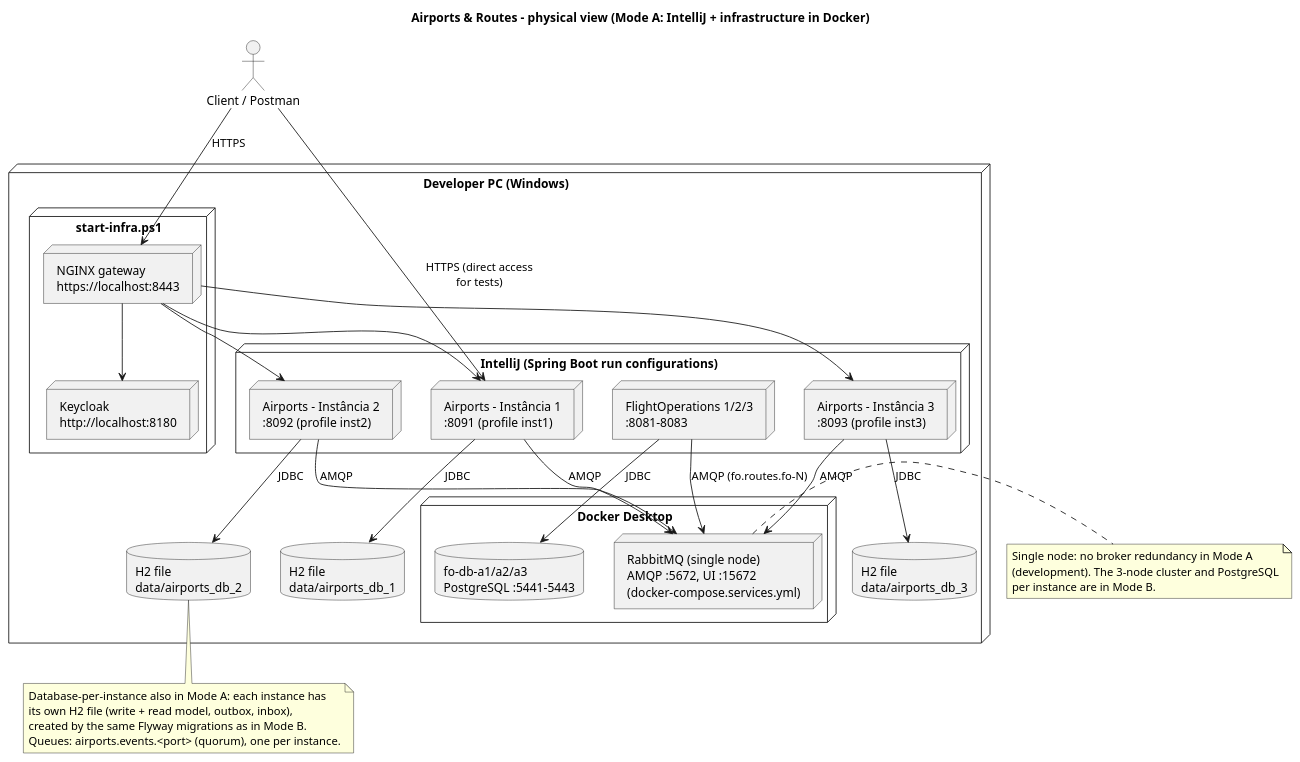
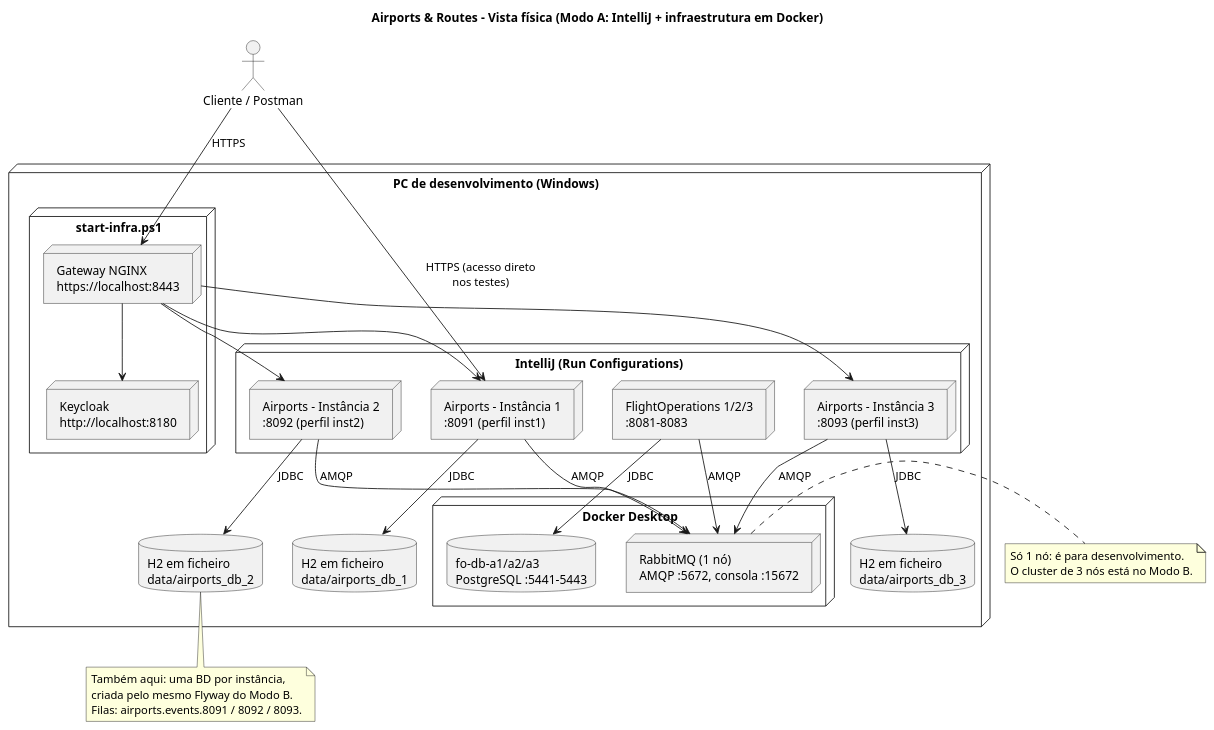
One commit to anamartasilvaa/SIDIG_AI_Safe changed the diagram in Services/Airport e Routes/airports-routes-service/docs/E2/physical-view-airports-routes-mode-a.puml. Above: the diagram before and after it, drawn with PlantUML. The commit also changed 31 other files, not shown here.

Commit message:
Airports: snapshot no arranque com BD vazia, 503 com BD em baixo, diagramas e READMEs da Entrega 2 atualizados

```diff
--- a/Services/Airport e Routes/airports-routes-service/docs/E2/physical-view-airports-routes-mode-a.puml
+++ b/Services/Airport e Routes/airports-routes-service/docs/E2/physical-view-airports-routes-mode-a.puml
@@ -1,52 +1,50 @@
 @startuml physical-view-airports-routes-mode-a
 skinparam shadowing false
-title Airports & Routes - physical view (Mode A: IntelliJ + infrastructure in Docker)
+title Airports & Routes - Vista física (Modo A: IntelliJ + infraestrutura em Docker)
 
-node "Developer PC (Windows)" {
+node "PC de desenvolvimento (Windows)" {
   node "start-infra.ps1" {
-    node "NGINX gateway\nhttps://localhost:8443" as GW
+    node "Gateway NGINX\nhttps://localhost:8443" as GW
     node "Keycloak\nhttp://localhost:8180" as KC
   }
-  node "IntelliJ (Spring Boot run configurations)" {
-    node "Airports - Instância 1\n:8091 (profile inst1)" as AR1
-    node "Airports - Instância 2\n:8092 (profile inst2)" as AR2
-    node "Airports - Instância 3\n:8093 (profile inst3)" as AR3
+  node "IntelliJ (Run Configurations)" {
+    node "Airports - Instância 1\n:8091 (perfil inst1)" as AR1
+    node "Airports - Instância 2\n:8092 (perfil inst2)" as AR2
+    node "Airports - Instância 3\n:8093 (perfil inst3)" as AR3
     node "FlightOperations 1/2/3\n:8081-8083" as FO
   }
-  database "H2 file\ndata/airports_db_1" as H1
-  database "H2 file\ndata/airports_db_2" as H2
-  database "H2 file\ndata/airports_db_3" as H3
+  database "H2 em ficheiro\ndata/airports_db_1" as H1
+  database "H2 em ficheiro\ndata/airports_db_2" as H2
+  database "H2 em ficheiro\ndata/airports_db_3" as H3
   node "Docker Desktop" {
-    node "RabbitMQ (single node)\nAMQP :5672, UI :15672\n(docker-compose.services.yml)" as MQ
+    node "RabbitMQ (1 nó)\nAMQP :5672, consola :15672" as MQ
     database "fo-db-a1/a2/a3\nPostgreSQL :5441-5443" as FODB
   }
 }
 
-actor "Client / Postman" as C
+actor "Cliente / Postman" as C
 C --> GW : HTTPS
-C --> AR1 : HTTPS (direct access\nfor tests)
+C --> AR1 : HTTPS (acesso direto\nnos testes)
 GW --> AR1
 GW --> AR2
 GW --> AR3
 GW --> KC
 AR1 --> H1 : JDBC
 AR2 --> H2 : JDBC
 AR3 --> H3 : JDBC
 AR1 --> MQ : AMQP
 AR2 --> MQ : AMQP
 AR3 --> MQ : AMQP
-FO --> MQ : AMQP (fo.routes.fo-N)
+FO --> MQ : AMQP
 FO --> FODB : JDBC
 
 note bottom of H2
-  Database-per-instance also in Mode A: each instance has
-  its own H2 file (write + read model, outbox, inbox),
-  created by the same Flyway migrations as in Mode B.
-  Queues: airports.events.<port> (quorum), one per instance.
+  Também aqui: uma BD por instância,
+  criada pelo mesmo Flyway do Modo B.
+  Filas: airports.events.8091 / 8092 / 8093.
 end note
 note right of MQ
-  Single node: no broker redundancy in Mode A
-  (development). The 3-node cluster and PostgreSQL
-  per instance are in Mode B.
+  Só 1 nó: é para desenvolvimento.
+  O cluster de 3 nós está no Modo B.
 end note
 @enduml
```
